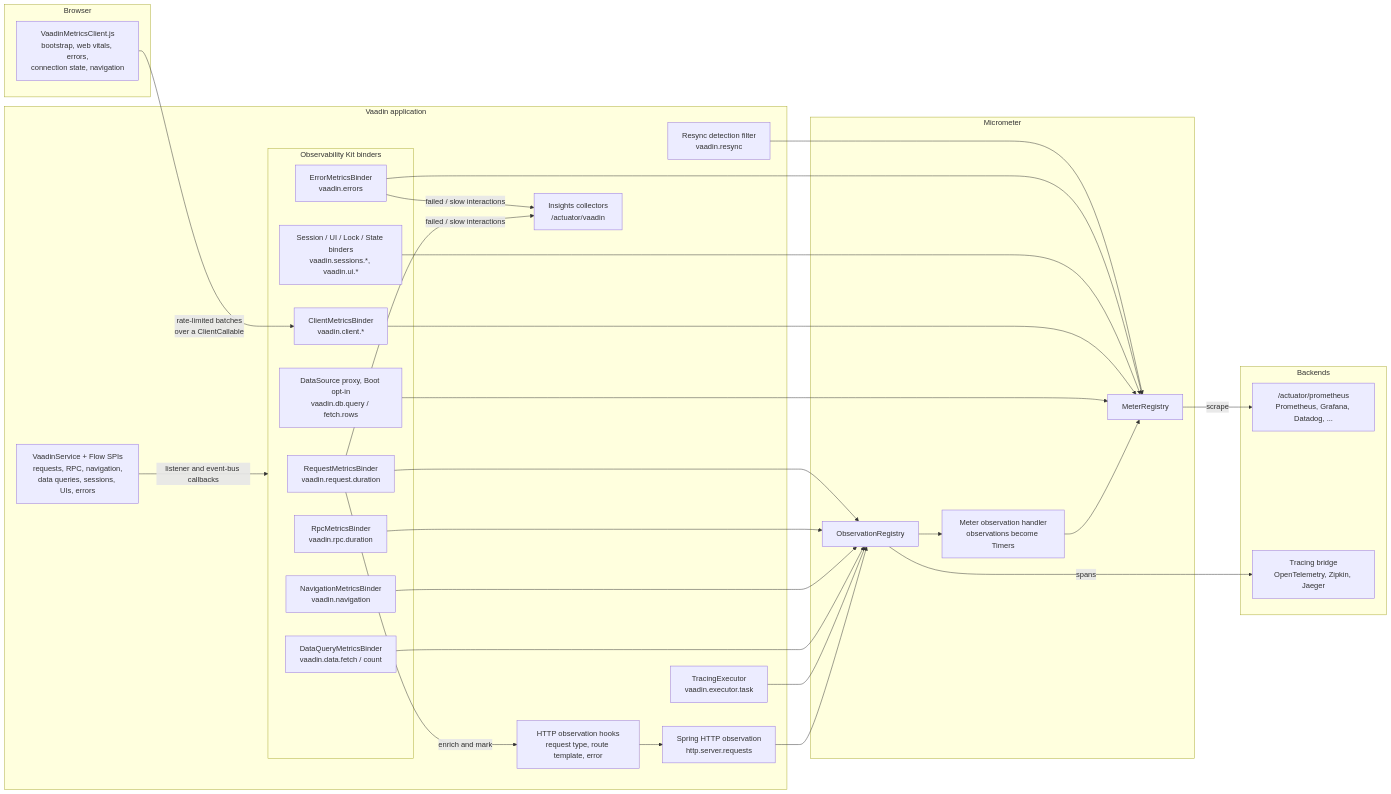
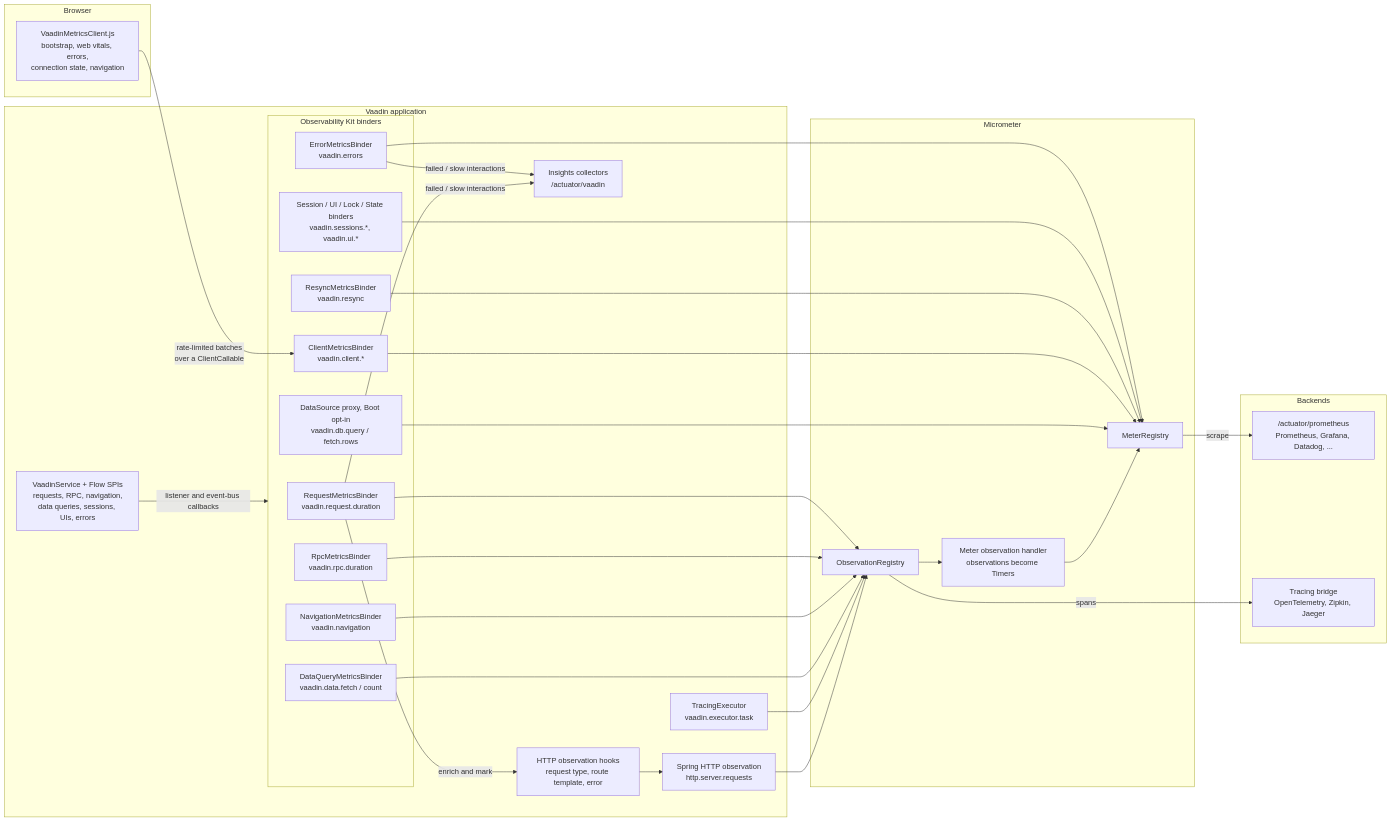
The diagram in README.md (vaadin/observability-kit), drawn with Mermaid before and after one commit. The commit also changed other lines of this file and 19 other files, not shown here.

````diff
--- a/README.md
+++ b/README.md
@@ -31,51 +31,50 @@
 ```mermaid
 flowchart LR
     subgraph Browser
         collector["VaadinMetricsClient.js<br/>bootstrap, web vitals, errors,<br/>connection state, navigation"]
     end
 
     subgraph Server["Vaadin application"]
         httpobs["Spring HTTP observation<br/>http.server.requests"]
-        resync["Resync detection filter<br/>vaadin.resync"]
         flow["VaadinService + Flow SPIs<br/>requests, RPC, navigation,<br/>data queries, sessions, UIs, errors"]
 
         subgraph Kit["Observability Kit binders"]
             reqb["RequestMetricsBinder<br/>vaadin.request.duration"]
             rpcb["RpcMetricsBinder<br/>vaadin.rpc.duration"]
             navb["NavigationMetricsBinder<br/>vaadin.navigation"]
             datab["DataQueryMetricsBinder<br/>vaadin.data.fetch / count"]
             errb["ErrorMetricsBinder<br/>vaadin.errors"]
             lifeb["Session / UI / Lock / State binders<br/>vaadin.sessions.*, vaadin.ui.*"]
+            resyncb["ResyncMetricsBinder<br/>vaadin.resync"]
             clientb["ClientMetricsBinder<br/>vaadin.client.*"]
             dbproxy["DataSource proxy, Boot opt-in<br/>vaadin.db.query / fetch.rows"]
         end
 
         hooks["HTTP observation hooks<br/>request type, route template, error"]
         insights["Insights collectors<br/>/actuator/vaadin"]
         texec["TracingExecutor<br/>vaadin.executor.task"]
     end
 
     subgraph Micrometer
         meters["MeterRegistry"]
         obsreg["ObservationRegistry"]
         handler["Meter observation handler<br/>observations become Timers"]
     end
 
     subgraph Backends
         prom["/actuator/prometheus<br/>Prometheus, Grafana, Datadog, ..."]
         bridge["Tracing bridge<br/>OpenTelemetry, Zipkin, Jaeger"]
     end
 
     collector -- "rate-limited batches<br/>over a ClientCallable" --> clientb
     flow -- "listener and event-bus callbacks" --> Kit
-    resync --> meters
     reqb -- "enrich and mark" --> hooks --> httpobs
     reqb & rpcb & navb & datab --> obsreg
-    errb & lifeb & clientb & dbproxy --> meters
+    errb & lifeb & resyncb & clientb & dbproxy --> meters
     errb & reqb -- "failed / slow interactions" --> insights
     texec --> obsreg
     obsreg --> handler --> meters
     obsreg -- "spans" --> bridge
     httpobs --> obsreg
     meters -- "scrape" --> prom
 ```
````
